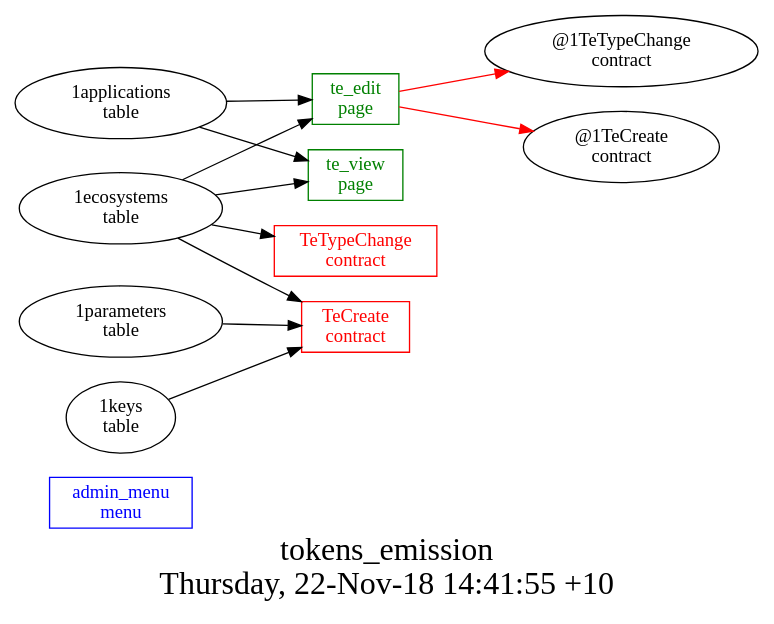
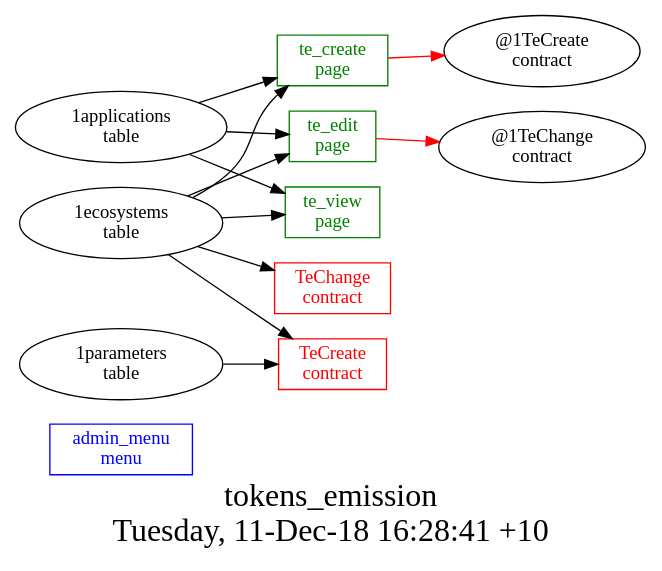
One commit to AplaProject/apps changed the diagram in other/tokens_emission/struct.dot. Above: the diagram before and after it, drawn with Graphviz. The commit also changed 1 other file, not shown here.

```diff
--- a/other/tokens_emission/struct.dot
+++ b/other/tokens_emission/struct.dot
@@ -1,23 +1,25 @@
 digraph G {
 fontsize="24";
-label="tokens_emission\nThursday, 22-Nov-18 14:41:55 +10";
+label="tokens_emission\nTuesday, 11-Dec-18 16:28:41 +10";
 nojustify=true;
 ordering=out;
 rankdir=LR;
 size="30";
 "admin_menu\nmenu" [color=blue, fontcolor=blue, group=menus, shape=record];
-"te_edit\npage" -> "@1TeTypeChange\ncontract"  [ color=red ]
-"te_edit\npage" -> "@1TeCreate\ncontract"  [ color=red ]
+"te_create\npage" -> "@1TeCreate\ncontract"  [ color=red ]
+"1applications\ntable" -> "te_create\npage"
+"1ecosystems\ntable" -> "te_create\npage"
+"te_create\npage" [color=green, fontcolor=green, group=pages, shape=record];
+"te_edit\npage" -> "@1TeChange\ncontract"  [ color=red ]
 "1applications\ntable" -> "te_edit\npage"
 "1ecosystems\ntable" -> "te_edit\npage"
 "te_edit\npage" [color=green, fontcolor=green, group=pages, shape=record];
 "1applications\ntable" -> "te_view\npage"
 "1ecosystems\ntable" -> "te_view\npage"
 "te_view\npage" [color=green, fontcolor=green, group=pages, shape=record];
+"1ecosystems\ntable" -> "TeChange\ncontract"
+"TeChange\ncontract" [color=red, fontcolor=red, group=contracts, shape=record];
 "1parameters\ntable" -> "TeCreate\ncontract"
 "1ecosystems\ntable" -> "TeCreate\ncontract"
-"1keys\ntable" -> "TeCreate\ncontract"
 "TeCreate\ncontract" [color=red, fontcolor=red, group=contracts, shape=record];
-"1ecosystems\ntable" -> "TeTypeChange\ncontract"
-"TeTypeChange\ncontract" [color=red, fontcolor=red, group=contracts, shape=record];
 }
```
